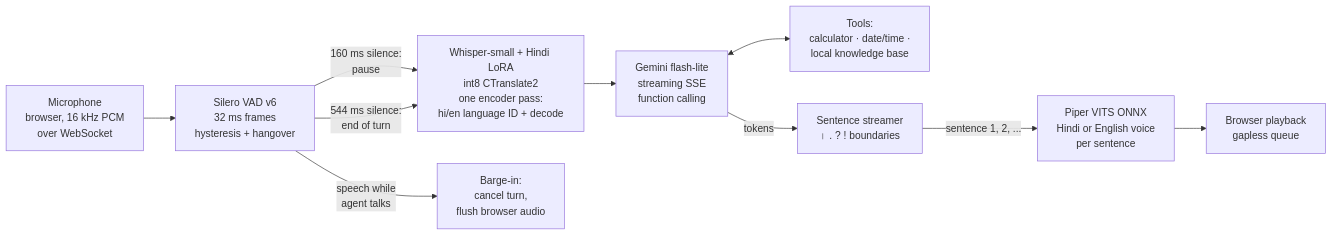
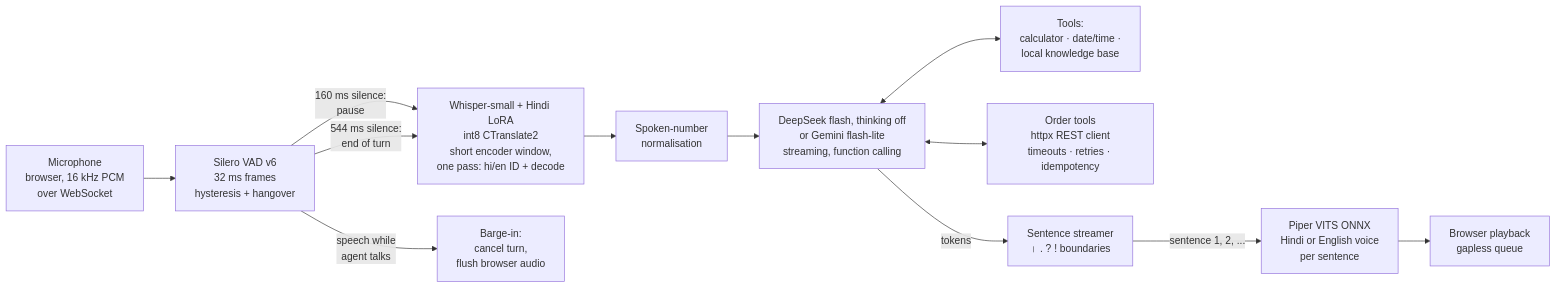
Before and after one commit to Abhigyan1805/voice-agent: the diagram in README.md, drawn with Mermaid. The commit also changed other lines of this file and 4 other files, not shown here.

````diff
--- a/README.md
+++ b/README.md
@@ -21,12 +21,14 @@
 ```mermaid
 flowchart LR
     MIC[Microphone<br/>browser, 16 kHz PCM<br/>over WebSocket] --> VAD[Silero VAD v6<br/>32 ms frames<br/>hysteresis + hangover]
-    VAD -- "160 ms silence:<br/>pause" --> STT[Whisper-small + Hindi LoRA<br/>int8 CTranslate2<br/>one encoder pass:<br/>hi/en language ID + decode]
+    VAD -- "160 ms silence:<br/>pause" --> STT[Whisper-small + Hindi LoRA<br/>int8 CTranslate2<br/>short encoder window,<br/>one pass: hi/en ID + decode]
     VAD -- "544 ms silence:<br/>end of turn" --> STT
     VAD -- "speech while<br/>agent talks" --> BARGE[Barge-in:<br/>cancel turn,<br/>flush browser audio]
-    STT --> LLM[Gemini flash-lite<br/>streaming SSE<br/>function calling]
+    STT --> NUM[Spoken-number<br/>normalisation]
+    NUM --> LLM[DeepSeek flash, thinking off<br/>or Gemini flash-lite<br/>streaming, function calling]
     LLM <--> TOOLS[Tools:<br/>calculator · date/time ·<br/>local knowledge base]
+    LLM <--> ORDERS[Order tools<br/>httpx REST client<br/>timeouts · retries · idempotency]
     LLM -- tokens --> SS[Sentence streamer<br/>। . ? ! boundaries]
     SS -- "sentence 1, 2, ..." --> TTS[Piper VITS ONNX<br/>Hindi or English voice<br/>per sentence]
     TTS --> SPK[Browser playback<br/>gapless queue]
 ```
````
